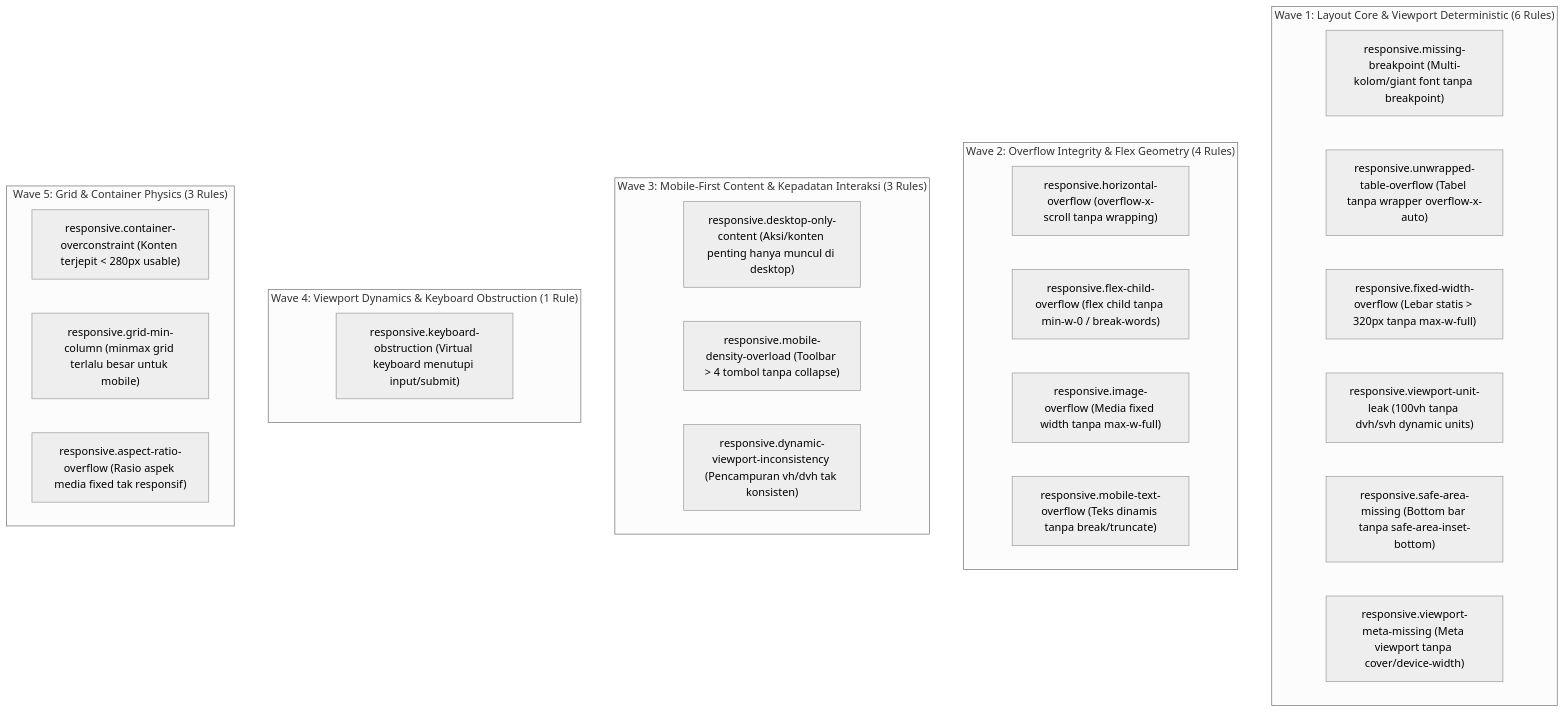
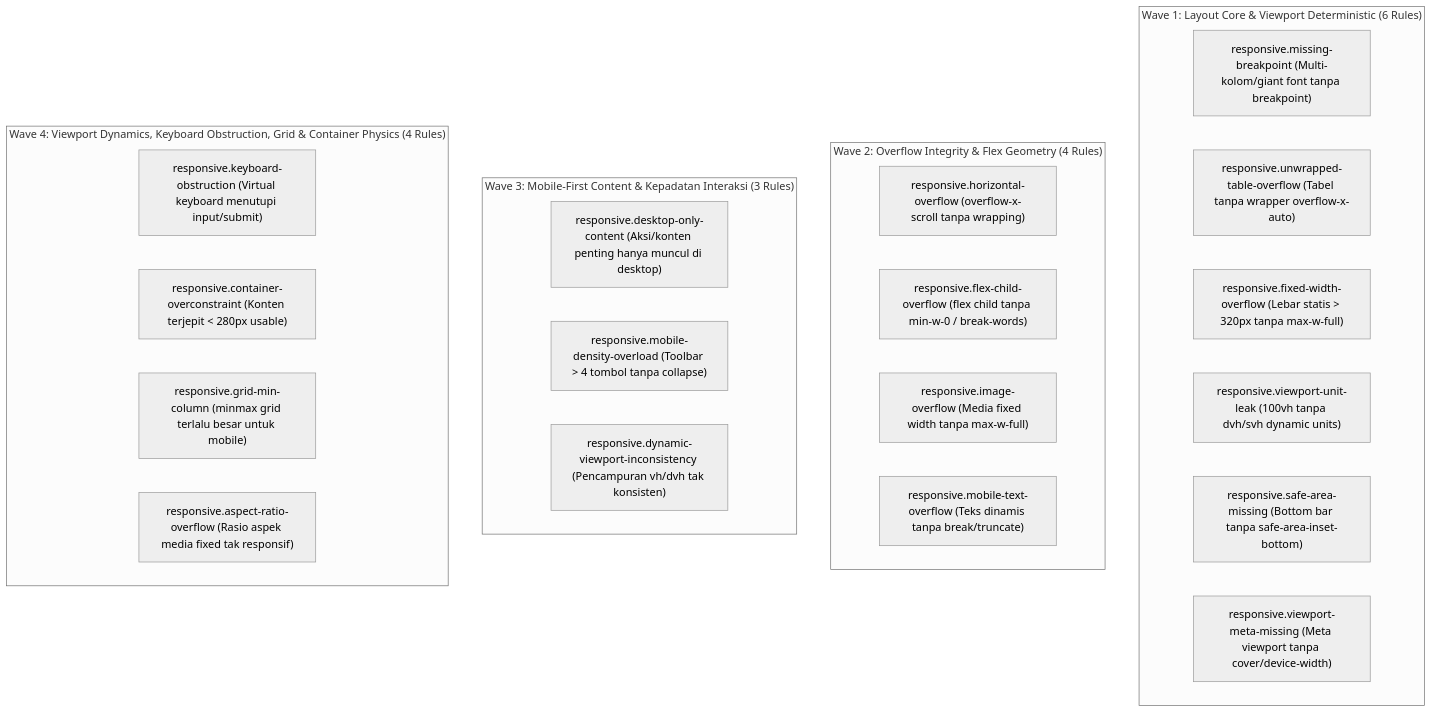
Before and after one commit to will2469/charites: the diagram in docs/01-spec/expansion/responsive.md, drawn with Mermaid (neutral theme). The commit also changed other lines of this file and 41 other files, not shown here.

First line of the commit message:
feat(responsive): implement Wave 4 rules for viewport dynamics, keyboard obstruction & grid physics with 1-SSOT golden corpus

````diff
--- a/docs/01-spec/expansion/responsive.md
+++ b/docs/01-spec/expansion/responsive.md
@@ -21,34 +21,31 @@
 ```mermaid
 flowchart TD
     subgraph W1 ["Wave 1: Layout Core & Viewport Deterministic (6 Rules)"]
         R1["responsive.missing-breakpoint (Multi-kolom/giant font tanpa breakpoint)"]
         R2["responsive.unwrapped-table-overflow (Tabel tanpa wrapper overflow-x-auto)"]
         R3["responsive.fixed-width-overflow (Lebar statis > 320px tanpa max-w-full)"]
         R4["responsive.viewport-unit-leak (100vh tanpa dvh/svh dynamic units)"]
         R5["responsive.safe-area-missing (Bottom bar tanpa safe-area-inset-bottom)"]
         R6["responsive.viewport-meta-missing (Meta viewport tanpa cover/device-width)"]
     end
 
     subgraph W2 ["Wave 2: Overflow Integrity & Flex Geometry (4 Rules)"]
         R7["responsive.horizontal-overflow (overflow-x-scroll tanpa wrapping)"]
         R8["responsive.flex-child-overflow (flex child tanpa min-w-0 / break-words)"]
         R9["responsive.image-overflow (Media fixed width tanpa max-w-full)"]
         R10["responsive.mobile-text-overflow (Teks dinamis tanpa break/truncate)"]
     end
 
     subgraph W3 ["Wave 3: Mobile-First Content & Kepadatan Interaksi (3 Rules)"]
         R11["responsive.desktop-only-content (Aksi/konten penting hanya muncul di desktop)"]
         R12["responsive.mobile-density-overload (Toolbar > 4 tombol tanpa collapse)"]
         R13["responsive.dynamic-viewport-inconsistency (Pencampuran vh/dvh tak konsisten)"]
     end
 
-    subgraph W4 ["Wave 4: Viewport Dynamics & Keyboard Obstruction (1 Rule)"]
+    subgraph W4 ["Wave 4: Viewport Dynamics, Keyboard Obstruction, Grid & Container Physics (4 Rules)"]
         R14["responsive.keyboard-obstruction (Virtual keyboard menutupi input/submit)"]
-    end
-
-    subgraph W5 ["Wave 5: Grid & Container Physics (3 Rules)"]
-        R16["responsive.container-overconstraint (Konten terjepit < 280px usable)"]
-        R17["responsive.grid-min-column (minmax grid terlalu besar untuk mobile)"]
-        R18["responsive.aspect-ratio-overflow (Rasio aspek media fixed tak responsif)"]
+        R15["responsive.container-overconstraint (Konten terjepit < 280px usable)"]
+        R16["responsive.grid-min-column (minmax grid terlalu besar untuk mobile)"]
+        R17["responsive.aspect-ratio-overflow (Rasio aspek media fixed tak responsif)"]
     end
 ```
````
